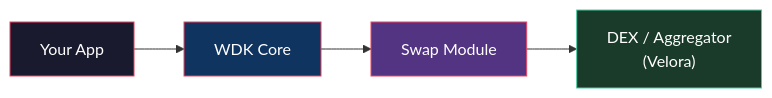
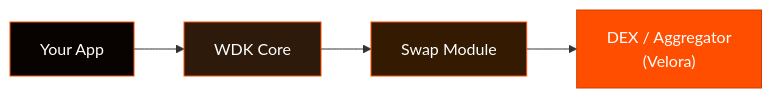
The diagram in sdk/swap-modules/README.md (gatteo/wdk-docs), drawn with Mermaid before and after one commit. The commit also changed 21 other files, not shown here.

Commit message:
docs: update all mermaid diagrams to WDK branding colors (#FF4E00 orange, #080201 dark)

````diff
--- a/sdk/swap-modules/README.md
+++ b/sdk/swap-modules/README.md
@@ -23,9 +23,9 @@
 ```mermaid
 flowchart LR
     App["Your App"] --> WDK["WDK Core"] --> Swap["Swap Module"] --> DEX["DEX / Aggregator\n(Velora)"]
 
-    style App fill:#1a1a2e,stroke:#e94560,color:#fff
-    style WDK fill:#0f3460,stroke:#e94560,color:#fff
-    style Swap fill:#533483,stroke:#e94560,color:#fff
-    style DEX fill:#1a3a2a,stroke:#4ecca3,color:#fff
+    style App fill:#080201,stroke:#FF4E00,color:#fff
+    style WDK fill:#2d1a0a,stroke:#FF4E00,color:#fff
+    style Swap fill:#331a00,stroke:#FF4E00,color:#fff
+    style DEX fill:#FF4E00,stroke:#cc3e00,color:#fff
 ```
````
